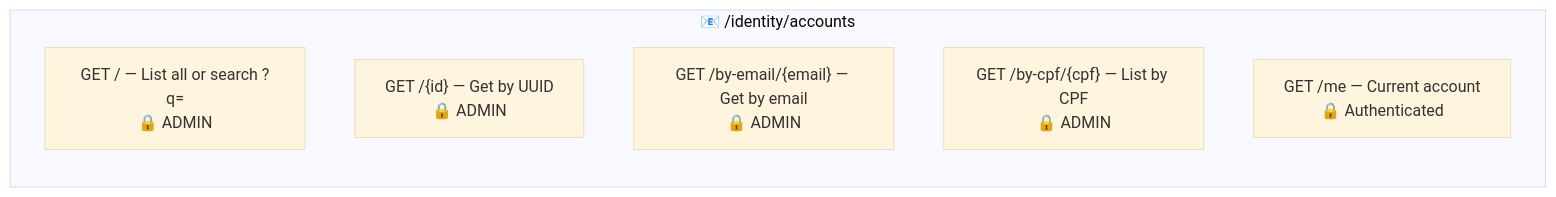
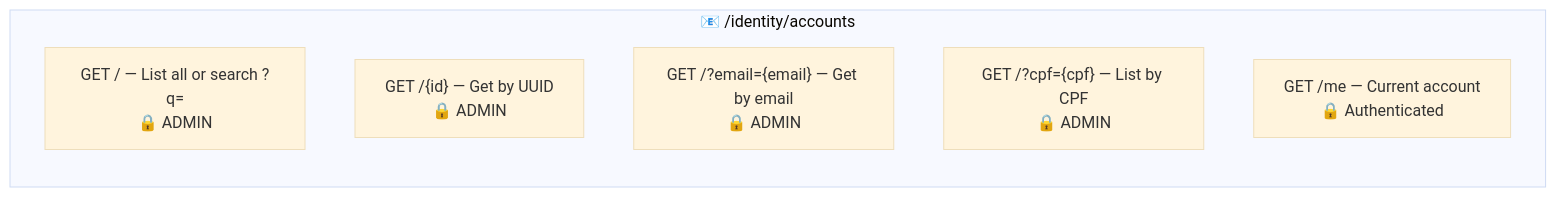
Before and after one commit to Plataforma-Universidade-Gratuita/pug-service: the fourth of 7 diagrams in src/main/java/br/org/catolicasc/pug/identity/README.md, drawn with Mermaid (base theme). The commit also changed other lines of this file and 89 other files, not shown here.

````diff
--- a/src/main/java/br/org/catolicasc/pug/identity/README.md
+++ b/src/main/java/br/org/catolicasc/pug/identity/README.md
@@ -122,11 +122,11 @@
 ```mermaid
 graph LR
     subgraph Accounts["📧 /identity/accounts"]
         direction TB
         GET_LIST["GET / — List all or search ?q=<br/>🔒 ADMIN"]
         GET_ID["GET /{id} — Get by UUID<br/>🔒 ADMIN"]
-        GET_EMAIL["GET /by-email/{email} — Get by email<br/>🔒 ADMIN"]
-        GET_CPF["GET /by-cpf/{cpf} — List by CPF<br/>🔒 ADMIN"]
+        GET_EMAIL["GET /?email={email} — Get by email<br/>🔒 ADMIN"]
+        GET_CPF["GET /?cpf={cpf} — List by CPF<br/>🔒 ADMIN"]
         GET_ME["GET /me — Current account<br/>🔒 Authenticated"]
     end
 ```
````
